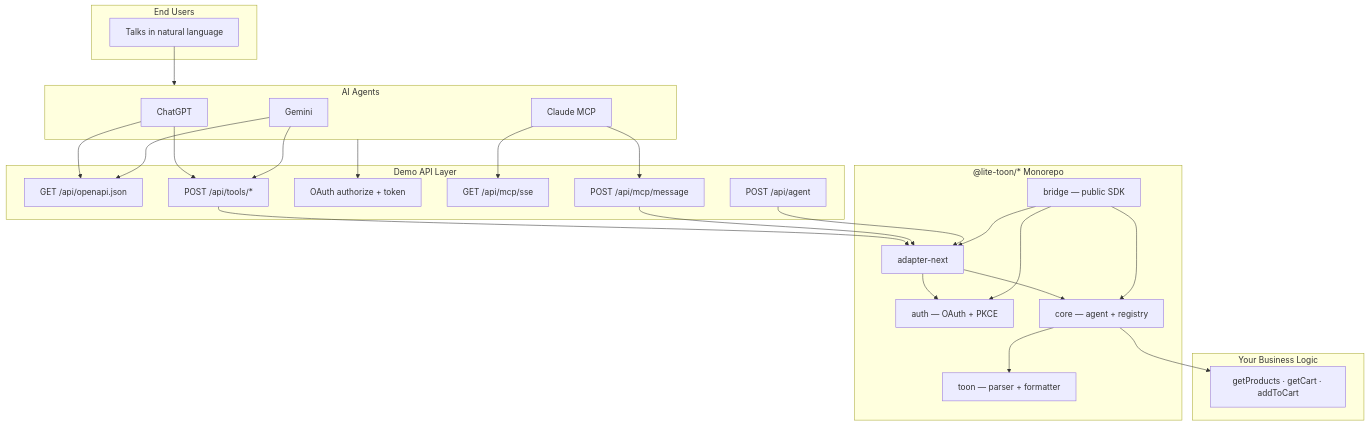
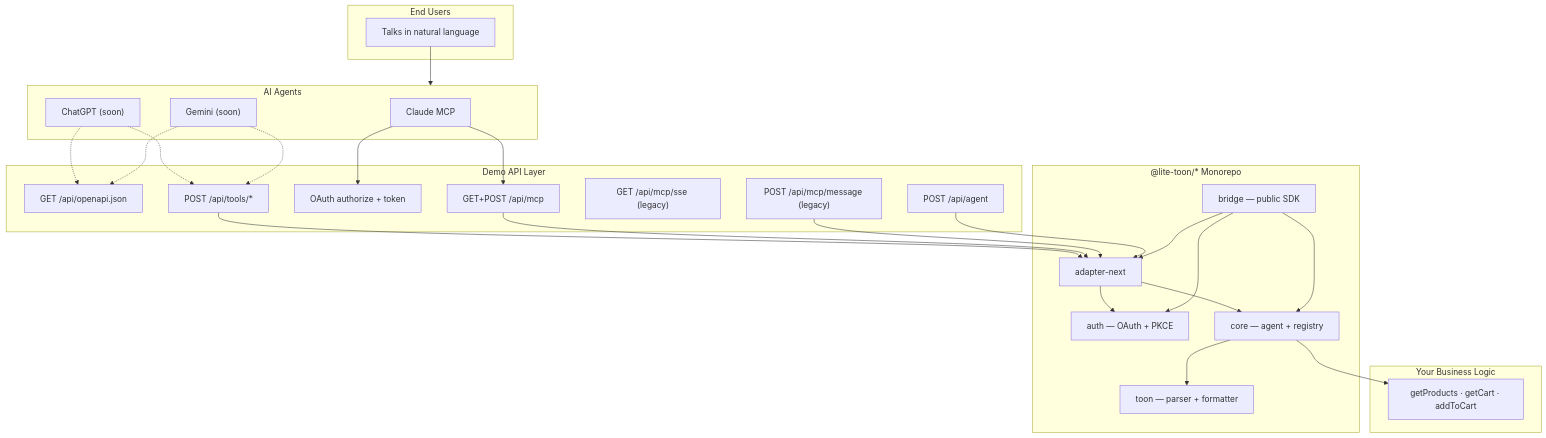
The first of 2 diagrams in README.md (Luke-official/lite-toon), drawn with Mermaid before and after one commit. The commit also changed other lines of this file and 19 other files, not shown here.

Commit message:
docs: update documentation to reflect current support for Claude and clarify the status of ChatGPT and Gemini integrations; enhance setup guides, API references, and capability flows for better user understanding

````diff
--- a/README.md
+++ b/README.md
@@ -95,52 +99,53 @@
 ```mermaid
 flowchart TB
     subgraph users ["End Users"]
         U["Talks in natural language"]
     end
 
     subgraph agents ["AI Agents"]
-        GPT["ChatGPT"]
         Claude["Claude MCP"]
-        Gemini["Gemini"]
+        GPT["ChatGPT (soon)"]
+        Gemini["Gemini (soon)"]
     end
 
     subgraph network ["Demo API Layer"]
         OpenAPI["GET /api/openapi.json"]
         Tools["POST /api/tools/*"]
         OAuth["OAuth authorize + token"]
-        MCPsse["GET /api/mcp/sse"]
-        MCPmsg["POST /api/mcp/message"]
+        MCPhttp["GET+POST /api/mcp"]
+        MCPsse["GET /api/mcp/sse (legacy)"]
+        MCPmsg["POST /api/mcp/message (legacy)"]
         Agent["POST /api/agent"]
     end
 
     subgraph packages ["@lite-toon/* Monorepo"]
         Bridge["bridge — public SDK"]
         Adapter["adapter-next"]
         Auth["auth — OAuth + PKCE"]
         Core["core — agent + registry"]
         Toon["toon — parser + formatter"]
     end
 
     subgraph app ["Your Business Logic"]
         Cap["getProducts · getCart · addToCart"]
     end
 
     U --> agents
-    GPT --> OpenAPI
-    GPT --> Tools
-    Gemini --> OpenAPI
-    Gemini --> Tools
-    Claude --> MCPsse
-    Claude --> MCPmsg
-    agents --> OAuth
+    Claude --> MCPhttp
+    Claude --> OAuth
+    GPT -.-> OpenAPI
+    GPT -.-> Tools
+    Gemini -.-> OpenAPI
+    Gemini -.-> Tools
     Tools --> Adapter
+    MCPhttp --> Adapter
     MCPmsg --> Adapter
     Agent --> Adapter
     Adapter --> Auth
     Adapter --> Core
     Core --> Toon
     Core --> Cap
     Bridge --> Adapter
     Bridge --> Auth
     Bridge --> Core
 ```
````
